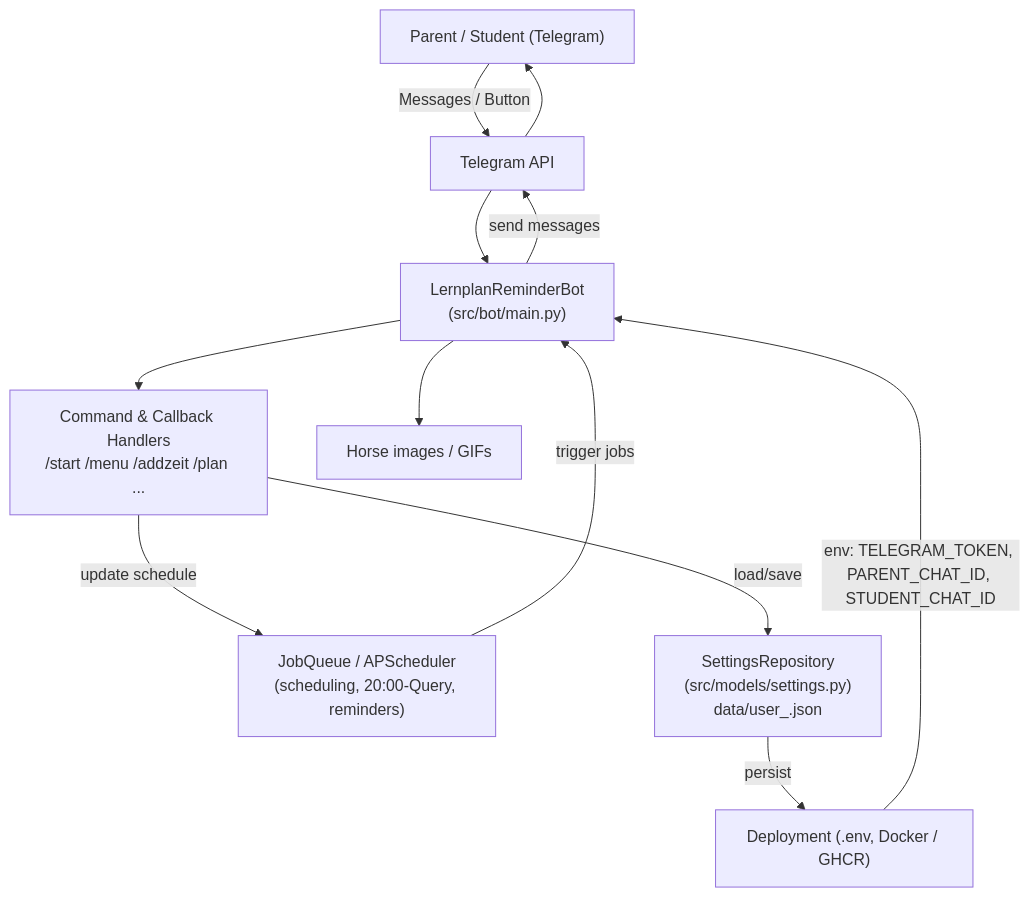
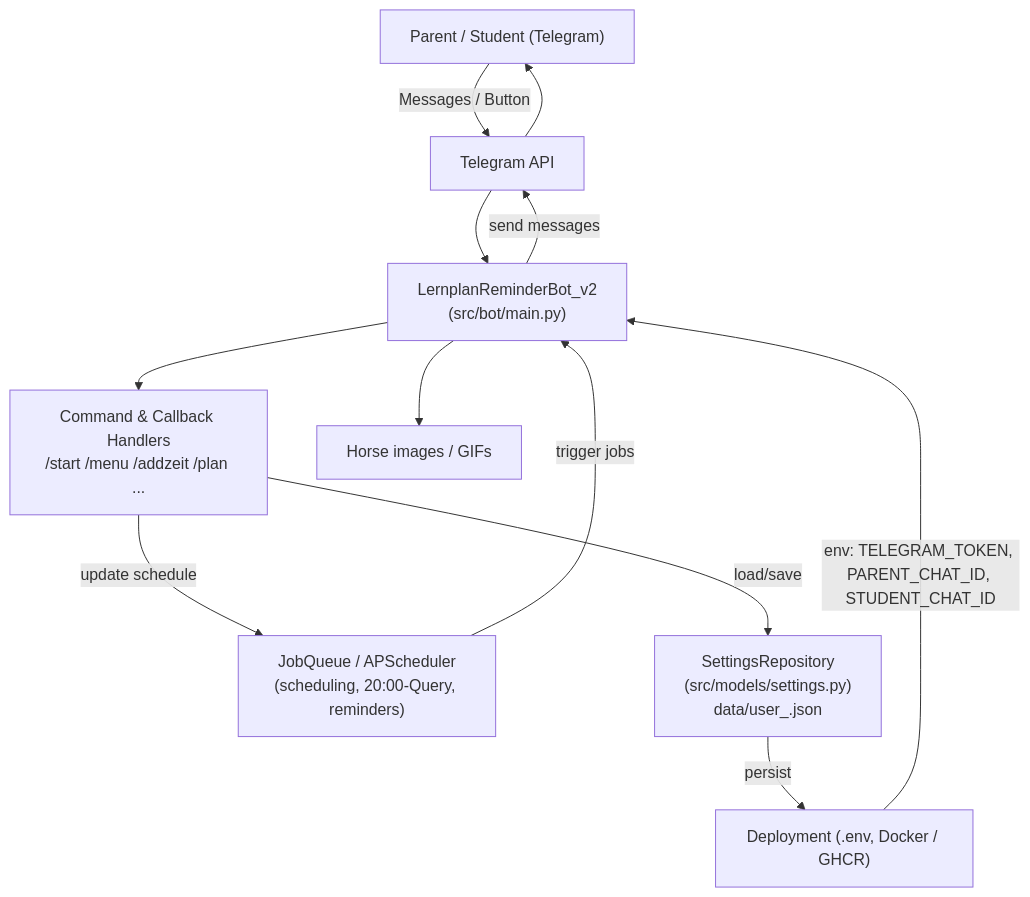
The first of 2 diagrams in ARCHITECTURE.md (portboy/LernplanReminderBot_v2), drawn with Mermaid before and after one commit. The commit also changed other lines of this file and 6 other files, not shown here.

````diff
--- a/ARCHITECTURE.md
+++ b/ARCHITECTURE.md
@@ -9,21 +9,21 @@
 ```mermaid
 flowchart TD
   User["Parent / Student (Telegram)"]
   TelegramAPI["Telegram API"]
-  BotApp["LernplanReminderBot\n(src/bot/main.py)"]
+  BotApp["LernplanReminderBot_v2\n(src/bot/main.py)"]
   Handlers["Command & Callback Handlers\n/start /menu /addzeit /plan ..."]
   Scheduler["JobQueue / APScheduler\n(scheduling, 20:00-Query, reminders)"]
   Repo["SettingsRepository\n(src/models/settings.py)\ndata/user_<chat_id>.json"]
   Media["Horse images / GIFs"]
   Docker["Deployment (.env, Docker / GHCR)"]
 
   User -->|Messages / Button| TelegramAPI --> BotApp
   BotApp --> Handlers
   Handlers -->|load/save| Repo
   Handlers -->|update schedule| Scheduler
   Scheduler -->|trigger jobs| BotApp
   BotApp -->|send messages| TelegramAPI --> User
   BotApp --> Media
   Docker -->|env: TELEGRAM_TOKEN, PARENT_CHAT_ID, STUDENT_CHAT_ID| BotApp
   Repo -->|persist| Docker
 ```
````
